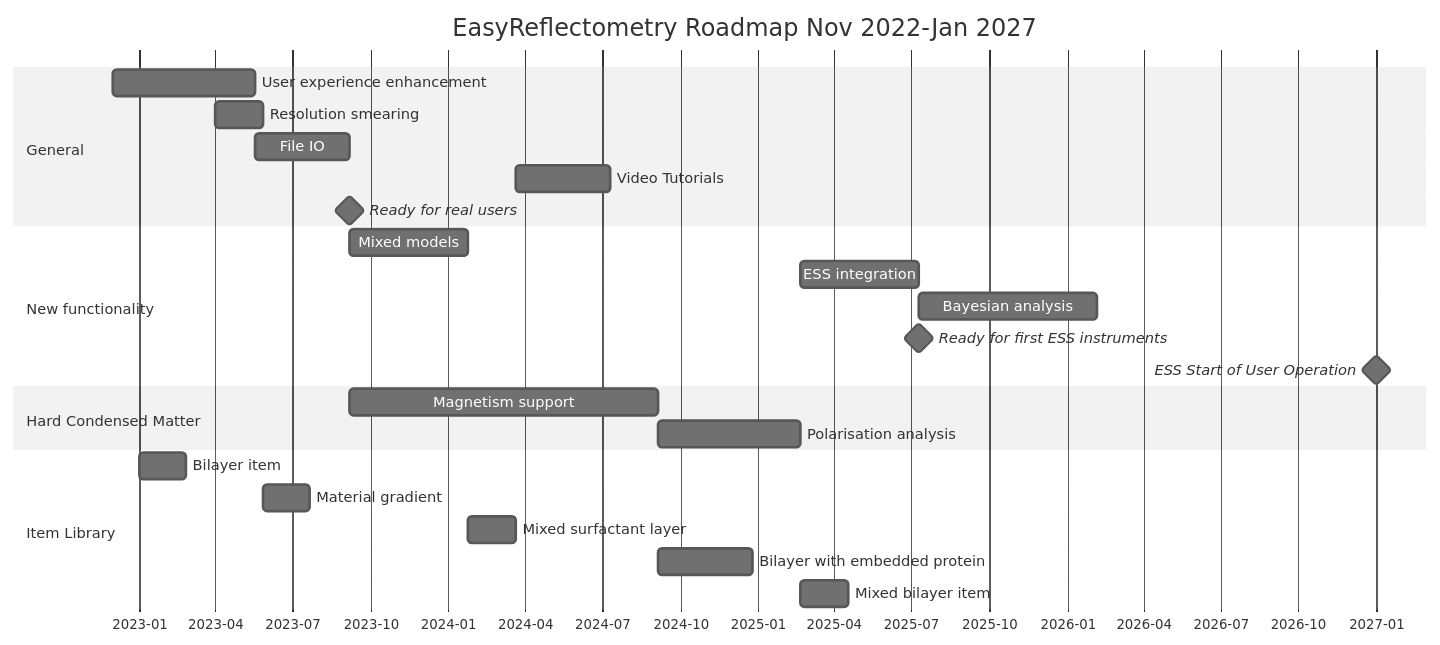
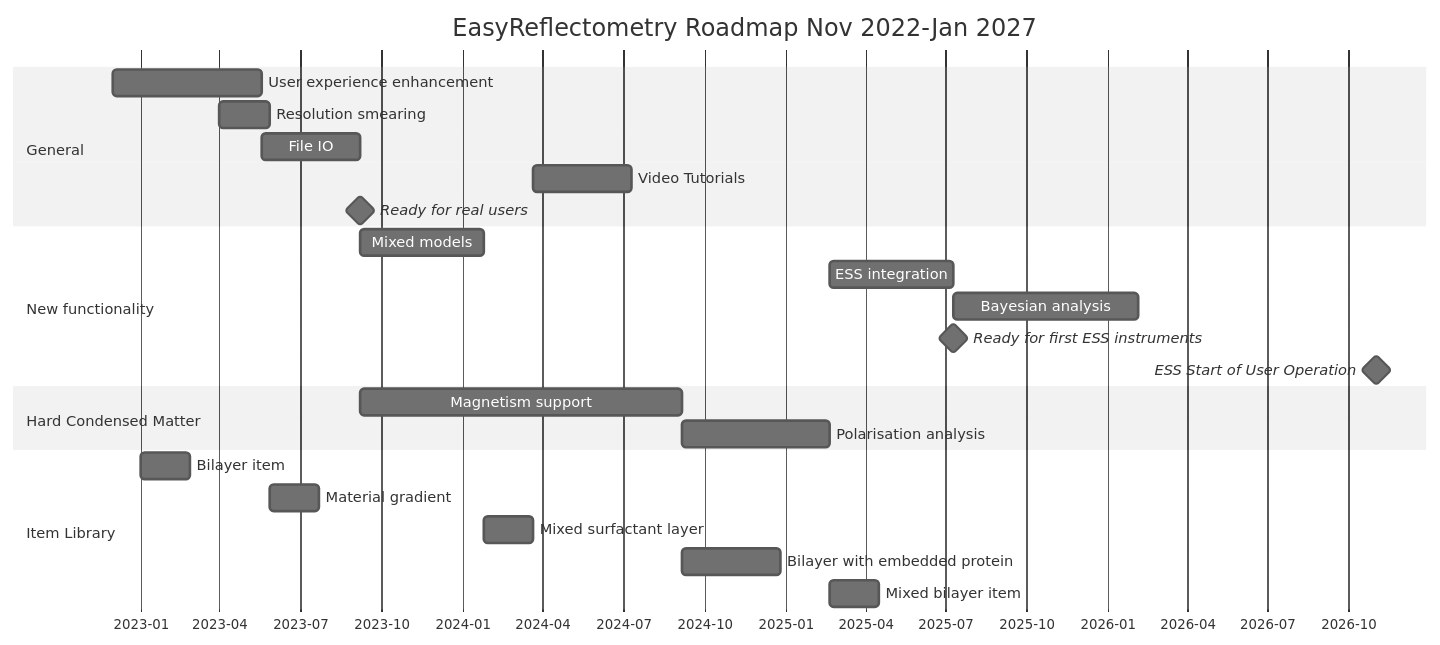
One commit to EasyScience/EasyReflectometryApp changed the diagram in ROADMAP.md. Above: the diagram before and after it, drawn with Mermaid (neutral theme).

Commit message:
Move start of operations [skip ci]

````diff
--- a/ROADMAP.md
+++ b/ROADMAP.md
@@ -6,33 +6,33 @@
 ```mermaid
 gantt
     title EasyReflectometry Roadmap Nov 2022-Jan 2027
     dateFormat  YYYY-MM
     axisFormat  %Y-%m
     todaymarker off
 
     section General
     User experience enhancement :a1, 2022-12, 24w
     Resolution smearing :a2, 2023-04, 8w
     File IO :a3, after a1, 16w
     Video Tutorials :a4, after d3, 16w
     Ready for real users: milestone, m1, after a3, 2min
 
     section New functionality
     Mixed models :b1, after m1, 20w
     ESS integration :b2, after c2, 20w
     Bayesian analysis :b3, after b2, 30w
     Ready for first ESS instruments :milestone, m2, after b2, 2min
-    ESS Start of User Operation :milestone, m3, 2027-01, 2min
+    ESS Start of User Operation :milestone, m3, 2026-11, 2min
 
     section Hard Condensed Matter
     Magnetism support :c1, after m1, 52w
     Polarisation analysis :c2, after c1, 24w
 
     section Item Library
     Bilayer item :d1, 2023-01, 8w
     Material gradient :d2, after a2, 8w
     Mixed surfactant layer :d3, after b1, 8w
     Bilayer with embedded protein :d4, after c1, 16w
     Mixed bilayer item :d5, after c2, 8w
 
 ```
````
